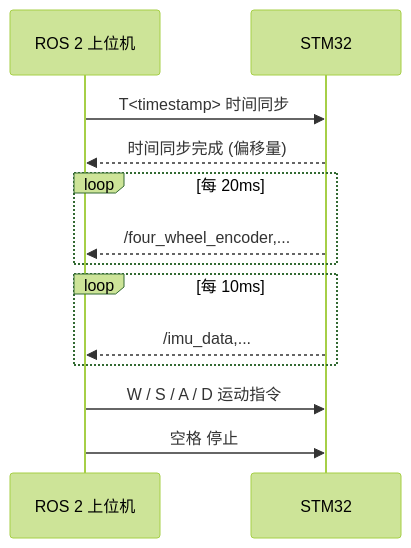
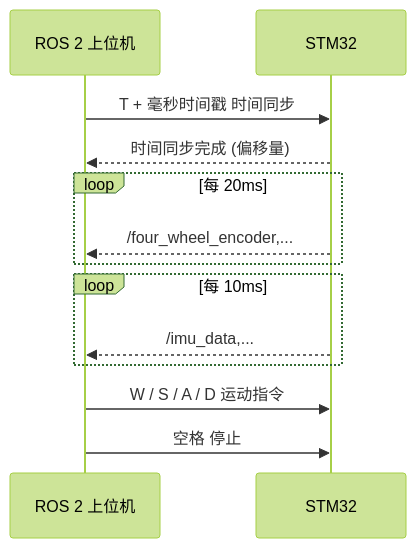
One commit to DLDLDL13579/stm32-robot-base changed the second of 3 diagrams in README.md. Above: the diagram before and after it, drawn with Mermaid (forest theme).

Commit message:
docs: 修正时序图中会破坏 Mermaid 解析的尖括号

````diff
--- a/README.md
+++ b/README.md
@@ -121,15 +121,15 @@
 ```mermaid
 sequenceDiagram
     participant ROS as ROS 2 上位机
     participant MCU as STM32
-    ROS->>MCU: T<timestamp>  时间同步
+    ROS->>MCU: T + 毫秒时间戳  时间同步
     MCU-->>ROS: 时间同步完成 (偏移量)
     loop 每 20ms
         MCU-->>ROS: /four_wheel_encoder,...
     end
     loop 每 10ms
         MCU-->>ROS: /imu_data,...
     end
     ROS->>MCU: W / S / A / D  运动指令
     ROS->>MCU: 空格  停止
 ```
````
